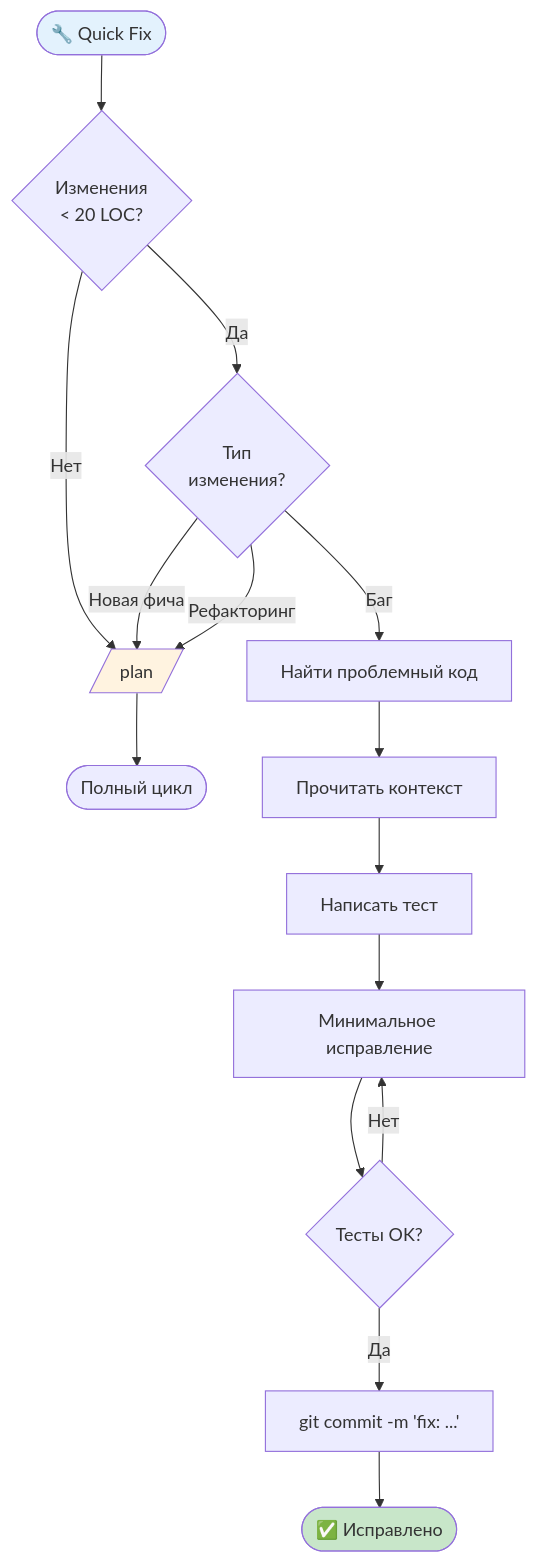
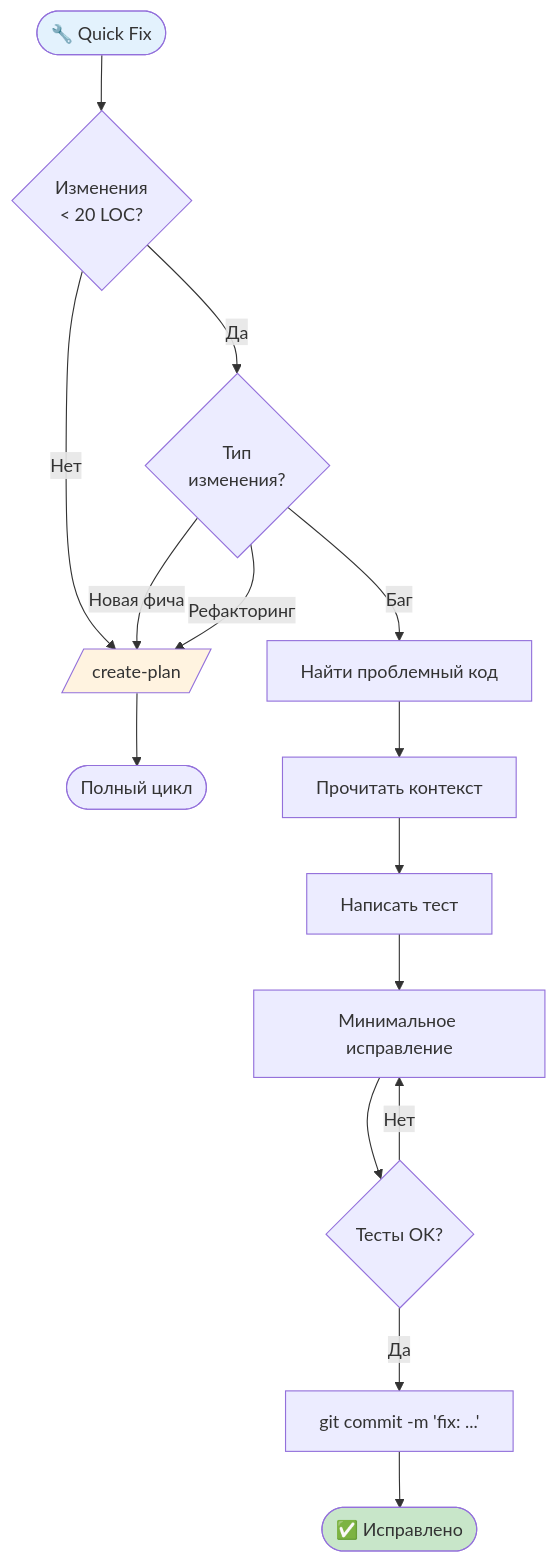
The sixth of 12 diagrams in SCENARIOS.md (nikitaCodeSave/Claude-Code-Kit), drawn with Mermaid before and after one commit. The commit also changed other lines of this file and 11 other files, not shown here.

First line of the commit message:
refactor: rename /plan to /create-plan

````diff
--- a/SCENARIOS.md
+++ b/SCENARIOS.md
@@ -289,26 +289,26 @@
 ```mermaid
 flowchart TD
     START([🔧 Quick Fix]) --> ASSESS{Изменения<br/>< 20 LOC?}
     
-    ASSESS -->|Нет| ESCALATE[/plan/]
+    ASSESS -->|Нет| ESCALATE[/create-plan/]
     ESCALATE --> END_PLAN([Полный цикл])
     
     ASSESS -->|Да| TYPE{Тип<br/>изменения?}
     
     TYPE -->|Новая фича| ESCALATE
     TYPE -->|Рефакторинг| ESCALATE
     TYPE -->|Баг| FIND[Найти проблемный код]
     
     FIND --> READ[Прочитать контекст]
     READ --> TEST_FIRST[Написать тест]
     TEST_FIRST --> FIX[Минимальное исправление]
     FIX --> VERIFY{Тесты OK?}
     
     VERIFY -->|Нет| FIX
     VERIFY -->|Да| COMMIT[git commit -m 'fix: ...']
     COMMIT --> DONE([✅ Исправлено])
     
     style START fill:#e3f2fd
     style DONE fill:#c8e6c9
     style ESCALATE fill:#fff3e0
 ```
````
